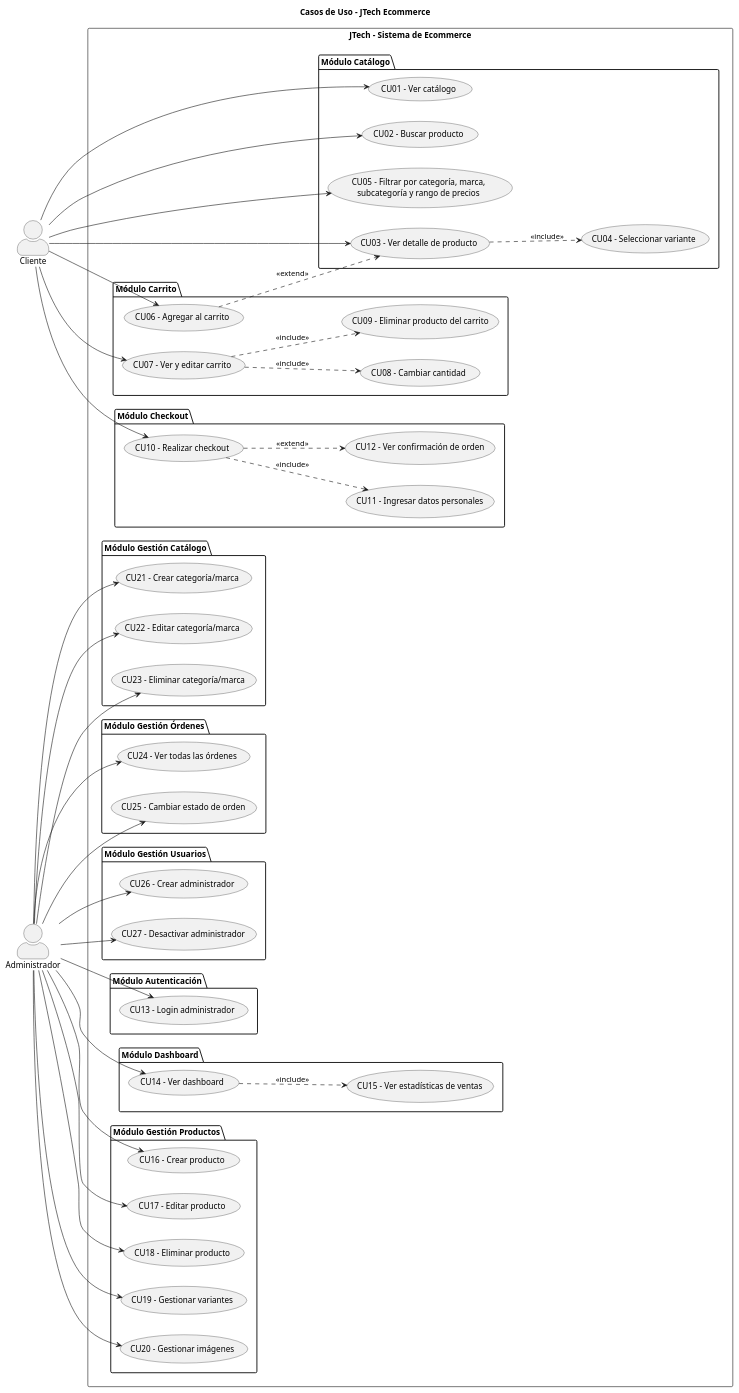
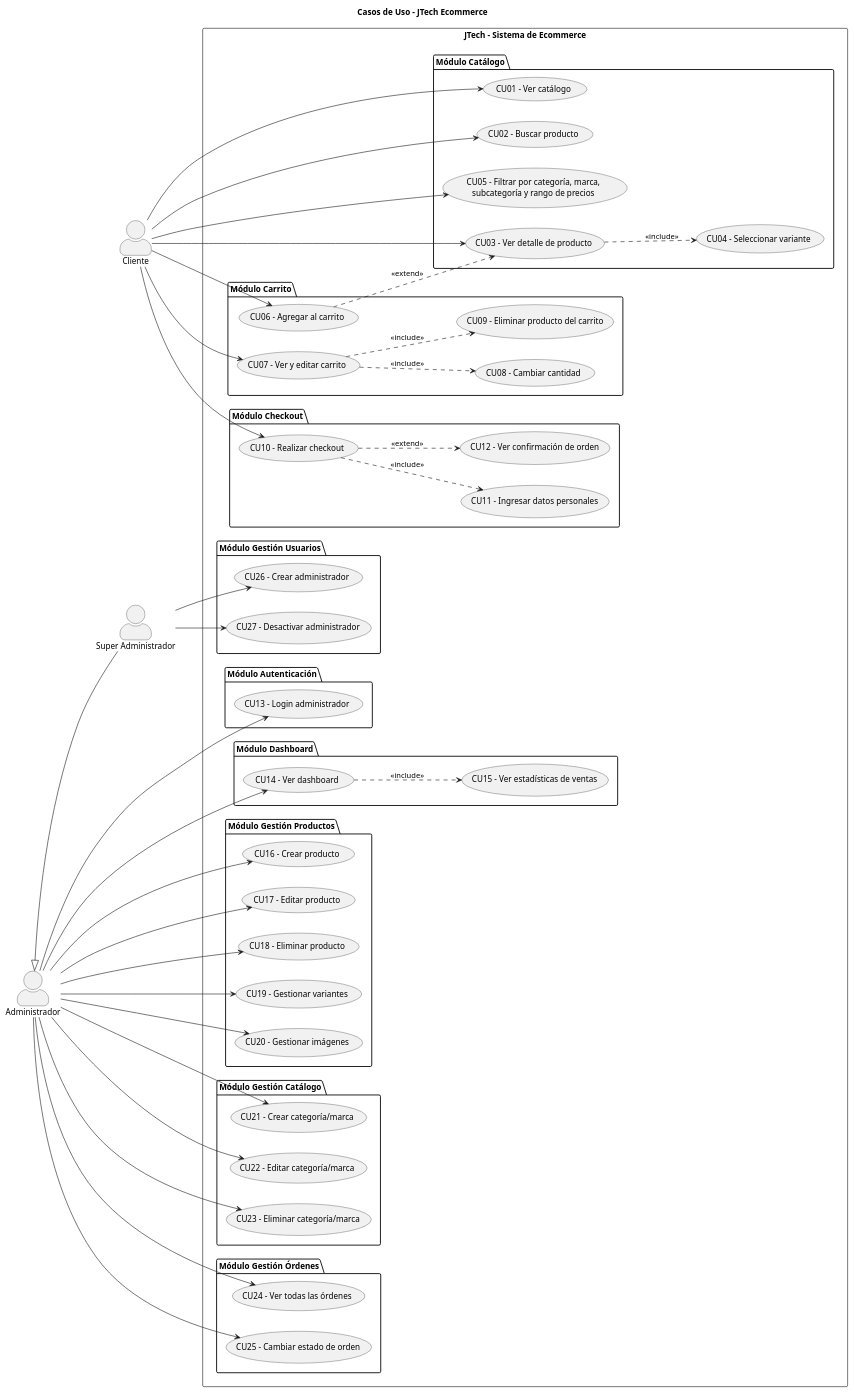
One commit to EmmanuelAlmario/JTechApp changed the diagram in documentation/casos_de_uso.puml. Above: the diagram before and after it, drawn with PlantUML.

Commit message:
Add Super Administrador actor and update use cases

```diff
--- a/documentation/casos_de_uso.puml
+++ b/documentation/casos_de_uso.puml
@@ -1,97 +1,98 @@
 @startuml casos_de_uso_jtech
 title Casos de Uso - JTech Ecommerce
 
 left to right direction
 skinparam actorStyle awesome
 
 actor "Cliente" as C
 actor "Administrador" as A
+actor "Super Administrador" as SA
 
 rectangle "JTech - Sistema de Ecommerce" {
 
   package "Módulo Catálogo" {
     usecase "CU01 - Ver catálogo" as CU01
     usecase "CU02 - Buscar producto" as CU02
     usecase "CU03 - Ver detalle de producto" as CU03
     usecase "CU04 - Seleccionar variante" as CU04
     usecase "CU05 - Filtrar por categoría, marca,\nsubcategoría y rango de precios" as CU05
   }
 
   package "Módulo Carrito" {
     usecase "CU06 - Agregar al carrito" as CU06
     usecase "CU07 - Ver y editar carrito" as CU07
     usecase "CU08 - Cambiar cantidad" as CU08
     usecase "CU09 - Eliminar producto del carrito" as CU09
   }
 
   package "Módulo Checkout" {
     usecase "CU10 - Realizar checkout" as CU10
     usecase "CU11 - Ingresar datos personales" as CU11
     usecase "CU12 - Ver confirmación de orden" as CU12
   }
 
   package "Módulo Autenticación" {
     usecase "CU13 - Login administrador" as CU13
   }
 
   package "Módulo Dashboard" {
     usecase "CU14 - Ver dashboard" as CU14
     usecase "CU15 - Ver estadísticas de ventas" as CU15
   }
 
   package "Módulo Gestión Productos" {
     usecase "CU16 - Crear producto" as CU16
     usecase "CU17 - Editar producto" as CU17
     usecase "CU18 - Eliminar producto" as CU18
     usecase "CU19 - Gestionar variantes" as CU19
     usecase "CU20 - Gestionar imágenes" as CU20
   }
 
   package "Módulo Gestión Catálogo" {
     usecase "CU21 - Crear categoría/marca" as CU21
     usecase "CU22 - Editar categoría/marca" as CU22
     usecase "CU23 - Eliminar categoría/marca" as CU23
   }
 
   package "Módulo Gestión Órdenes" {
     usecase "CU24 - Ver todas las órdenes" as CU24
     usecase "CU25 - Cambiar estado de orden" as CU25
   }
 
   package "Módulo Gestión Usuarios" {
     usecase "CU26 - Crear administrador" as CU26
     usecase "CU27 - Desactivar administrador" as CU27
   }
 }
-
+A <|-- SA
 C --> CU01
 C --> CU02
 C --> CU03
 CU03 ..> CU04 : <<include>>
 C --> CU05
 C --> CU06
 CU06 ..> CU03 : <<extend>>
 C --> CU07
 CU07 ..> CU08 : <<include>>
 CU07 ..> CU09 : <<include>>
 C --> CU10
 CU10 ..> CU11 : <<include>>
 CU10 ..> CU12 : <<extend>>
 
 A --> CU13
 A --> CU14
 CU14 ..> CU15 : <<include>>
 A --> CU16
 A --> CU17
 A --> CU18
 A --> CU19
 A --> CU20
 A --> CU21
 A --> CU22
 A --> CU23
 A --> CU24
 A --> CU25
-A --> CU26
-A --> CU27
+SA --> CU26
+SA --> CU27
 
 @enduml
```
